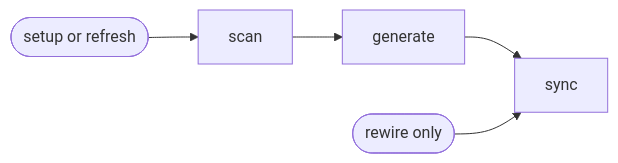
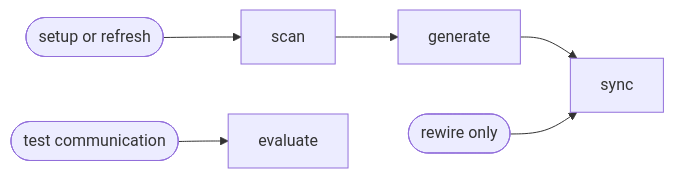
One commit to ai-driven-dev/framework changed the diagram in plugins/aidd-context/skills/02-project-memory/SKILL.md. Above: the diagram before and after it, drawn with Mermaid. The commit also changed other lines of this file and 4 other files, not shown here.

First line of the commit message:
feat(aidd-context): evaluate communication preferences

````diff
--- a/plugins/aidd-context/skills/02-project-memory/SKILL.md
+++ b/plugins/aidd-context/skills/02-project-memory/SKILL.md
@@ -9,5 +9,6 @@
 ```mermaid
 flowchart LR
   build([setup or refresh]) --> scan --> generate --> sync
   rewire([rewire only]) --> sync
+  test([test communication]) --> evaluate
 ```
````
